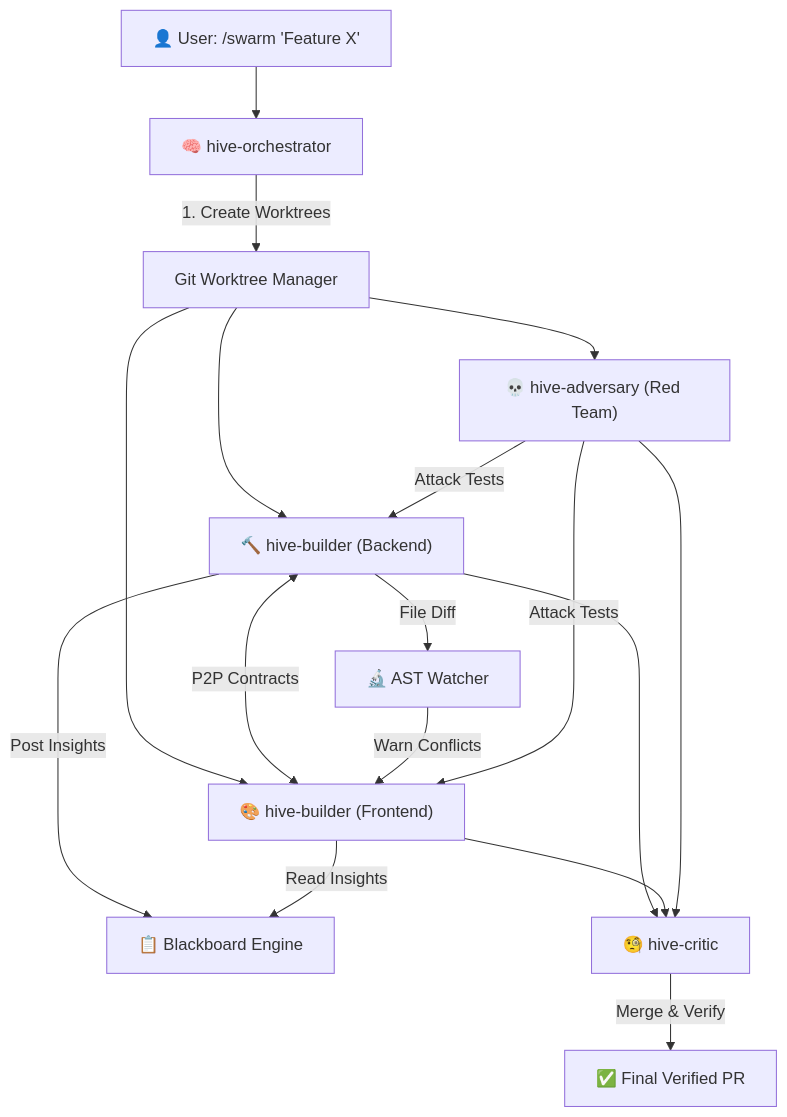
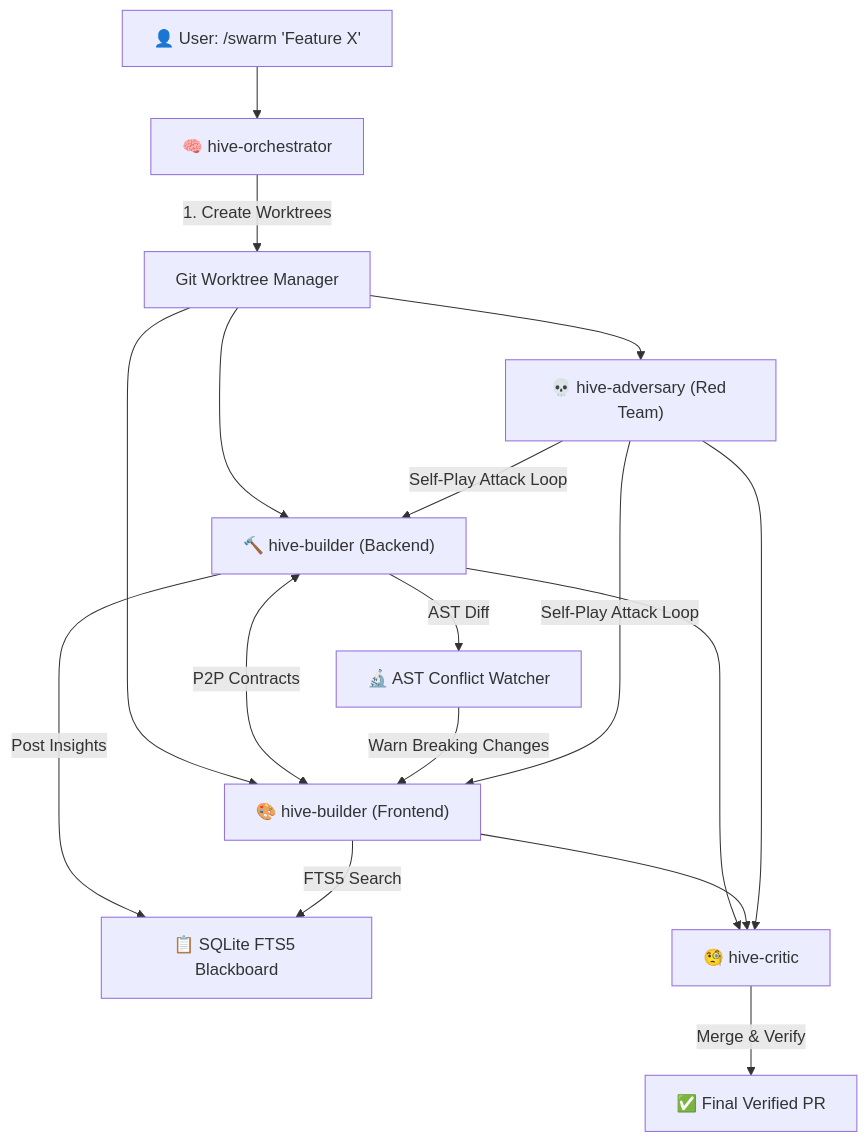
Before and after one commit to ghazy2001/hivemesh: the diagram in README.md, drawn with Mermaid. The commit also changed other lines of this file and 19 other files, not shown here.

Commit message:
feat(v0.3.0): adversarial self-play engine, Generative UI canvas, and standalone CLI runner

````diff
--- a/README.md
+++ b/README.md
@@ -18,21 +20,21 @@
 ```mermaid
 flowchart TD
     User["👤 User: /swarm 'Feature X'"] --> Orch["🧠 hive-orchestrator"]
     Orch --> |"1. Create Worktrees"| WTM["Git Worktree Manager"]
     WTM --> B1["🔨 hive-builder (Backend)"]
     WTM --> B2["🎨 hive-builder (Frontend)"]
     WTM --> ADV["💀 hive-adversary (Red Team)"]
     
     B1 <--> |"P2P Contracts"| B2
-    B1 --> |"Post Insights"| BB["📋 Blackboard Engine"]
-    B2 --> |"Read Insights"| BB
+    B1 --> |"Post Insights"| BB["📋 SQLite FTS5 Blackboard"]
+    B2 --> |"FTS5 Search"| BB
     
-    B1 --> |"File Diff"| AST["🔬 AST Watcher"]
-    AST --> |"Warn Conflicts"| B2
+    B1 --> |"AST Diff"| AST["🔬 AST Conflict Watcher"]
+    AST --> |"Warn Breaking Changes"| B2
     
-    ADV --> |"Attack Tests"| B1
-    ADV --> |"Attack Tests"| B2
+    ADV --> |"Self-Play Attack Loop"| B1
+    ADV --> |"Self-Play Attack Loop"| B2
     
     B1 & B2 & ADV --> CRIT["🧐 hive-critic"]
     CRIT --> |"Merge & Verify"| PR["✅ Final Verified PR"]
 ```
````
